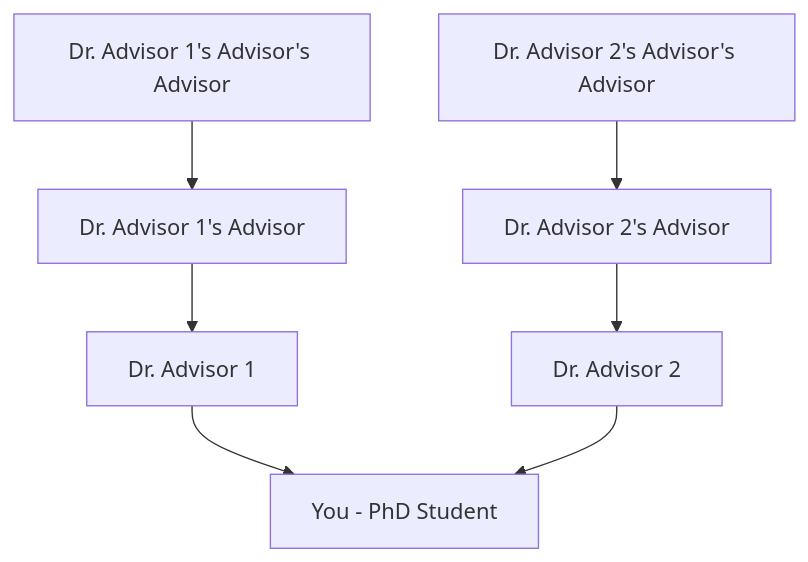
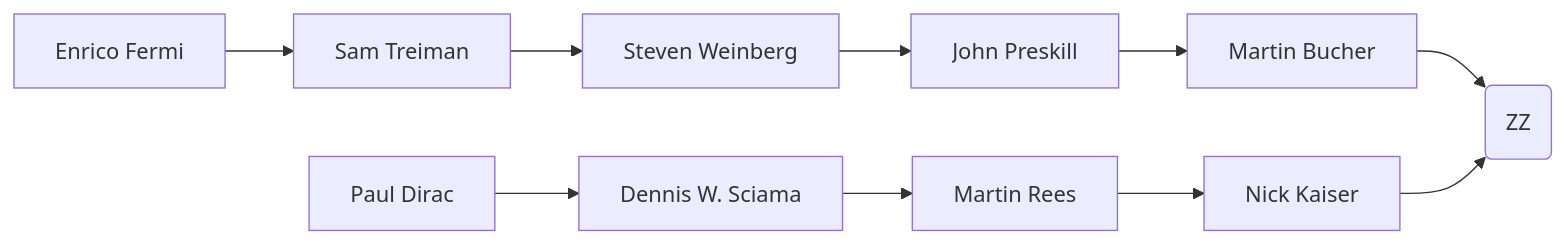
Before and after one commit to zzhang0123/zzhang0123.github.io: the diagram in _pages/about.md, drawn with Mermaid. The commit also changed other lines of this file and 2 other files, not shown here.

````diff
--- a/_pages/about.md
+++ b/_pages/about.md
@@ -71,9 +78,12 @@
-```mermaid
-graph TD
-    A[Dr. Advisor 1] --> B[You - PhD Student]
-    C[Dr. Advisor 2] --> B
-    D[Dr. Advisor 1's Advisor] --> A
-    E[Dr. Advisor 2's Advisor] --> C
-    F[Dr. Advisor 1's Advisor's Advisor] --> D
-    G[Dr. Advisor 2's Advisor's Advisor] --> E
-```
+<div class="mermaid">
+graph LR
+    B[Martin Bucher] --> A(ZZ)
+    C[Nick Kaiser]  --> A
+    D[John Preskill] --> B
+    E[Martin Rees] --> C
+    F[Steven Weinberg] --> D
+    G[Sam Treiman] --> F 
+    H[Enrico Fermi] --> G
+    I[Dennis W. Sciama] --> E
+    J[Paul Dirac] --> I;
+</div>
````
